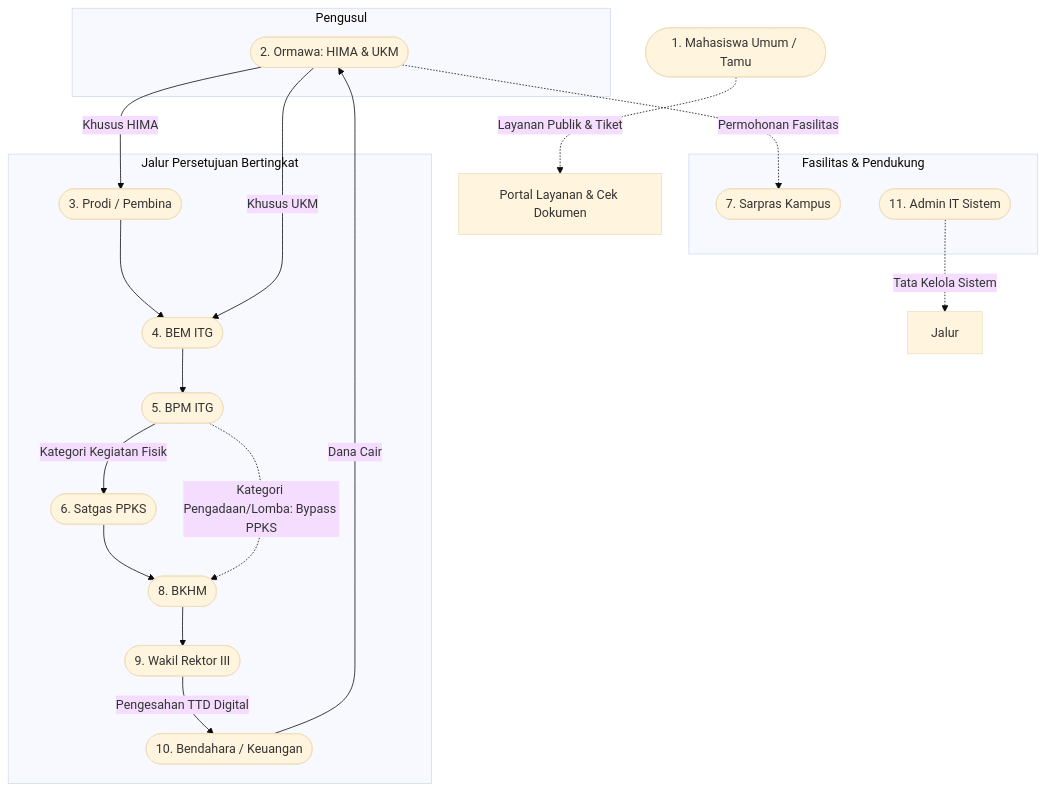
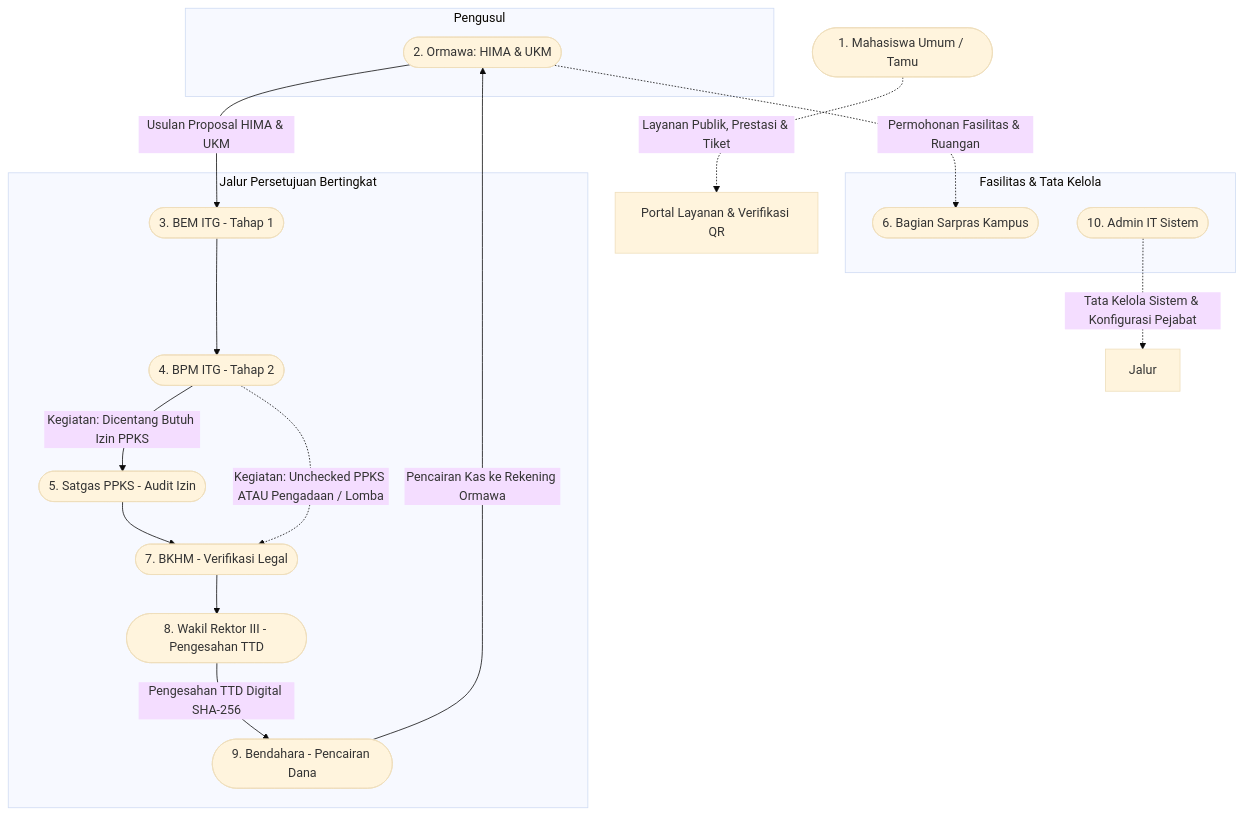
Before and after one commit to rdreikhan-commits/SISTEM-ORMAWA-SKIN-: the diagram in NASKAH_ALUR_PENGGUNAAN_DAN_DASHBOARD_SKIN_ITG.md, drawn with Mermaid (base theme). The commit also changed other lines of this file and 2 other files, not shown here.

````diff
--- a/NASKAH_ALUR_PENGGUNAAN_DAN_DASHBOARD_SKIN_ITG.md
+++ b/NASKAH_ALUR_PENGGUNAAN_DAN_DASHBOARD_SKIN_ITG.md
@@ -66,39 +64,36 @@
 ```mermaid
 flowchart TD
-    Public([1. Mahasiswa Umum / Tamu]) -.->|Layanan Publik & Tiket| Portal[Portal Layanan & Cek Dokumen]
+    Public([1. Mahasiswa Umum / Tamu]) -.->|Layanan Publik, Prestasi & Tiket| Portal[Portal Layanan & Verifikasi QR]
     
     subgraph Pengusul
         Ormawa([2. Ormawa: HIMA & UKM])
     end
     
     subgraph Jalur Persetujuan Bertingkat
-        Prodi([3. Prodi / Pembina])
-        BEM([4. BEM ITG])
-        BPM([5. BPM ITG])
-        PPKS([6. Satgas PPKS])
-        BKHM([8. BKHM])
-        WR3([9. Wakil Rektor III])
-        Bendahara([10. Bendahara / Keuangan])
+        BEM([3. BEM ITG - Tahap 1])
+        BPM([4. BPM ITG - Tahap 2])
+        PPKS([5. Satgas PPKS - Audit Izin])
+        BKHM([7. BKHM - Verifikasi Legal])
+        WR3([8. Wakil Rektor III - Pengesahan TTD])
+        Bendahara([9. Bendahara - Pencairan Dana])
     end
     
-    subgraph Fasilitas & Pendukung
-        Sarpras([7. Sarpras Kampus])
-        Admin([11. Admin IT Sistem])
+    subgraph Fasilitas & Tata Kelola
+        Sarpras([6. Bagian Sarpras Kampus])
+        Admin([10. Admin IT Sistem])
     end
     
-    Ormawa -->|Khusus HIMA| Prodi
-    Prodi --> BEM
-    Ormawa -->|Khusus UKM| BEM
+    Ormawa -->|Usulan Proposal HIMA & UKM| BEM
     BEM --> BPM
     
-    BPM -->|Kategori Kegiatan Fisik| PPKS
+    BPM -->|Kegiatan: Dicentang Butuh Izin PPKS| PPKS
     PPKS --> BKHM
-    BPM -.->|Kategori Pengadaan/Lomba: Bypass PPKS| BKHM
+    BPM -.->|Kegiatan: Unchecked PPKS ATAU Pengadaan / Lomba| BKHM
     
     BKHM --> WR3
-    WR3 -->|Pengesahan TTD Digital| Bendahara
-    Bendahara -->|Dana Cair| Ormawa
+    WR3 -->|Pengesahan TTD Digital SHA-256| Bendahara
+    Bendahara -->|Pencairan Kas ke Rekening Ormawa| Ormawa
     
-    Ormawa -.->|Permohonan Fasilitas| Sarpras
-    Admin -.->|Tata Kelola Sistem| Jalur
+    Ormawa -.->|Permohonan Fasilitas & Ruangan| Sarpras
+    Admin -.->|Tata Kelola Sistem & Konfigurasi Pejabat| Jalur
 ```
````
